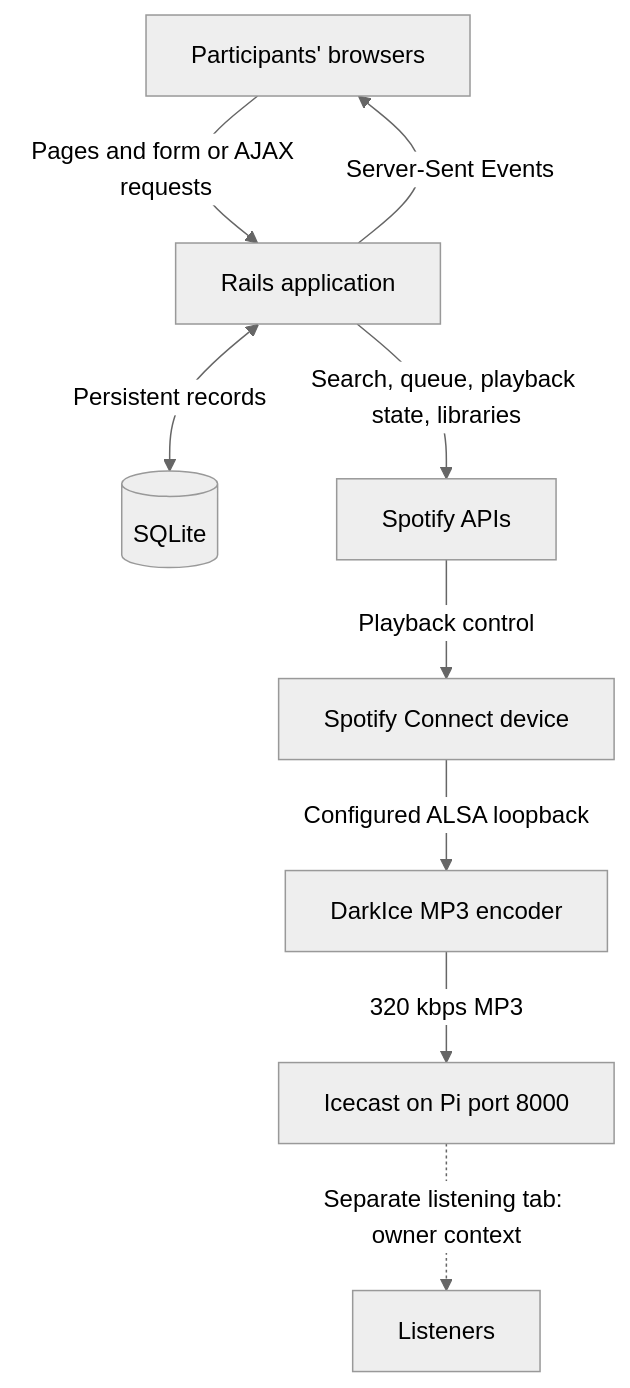
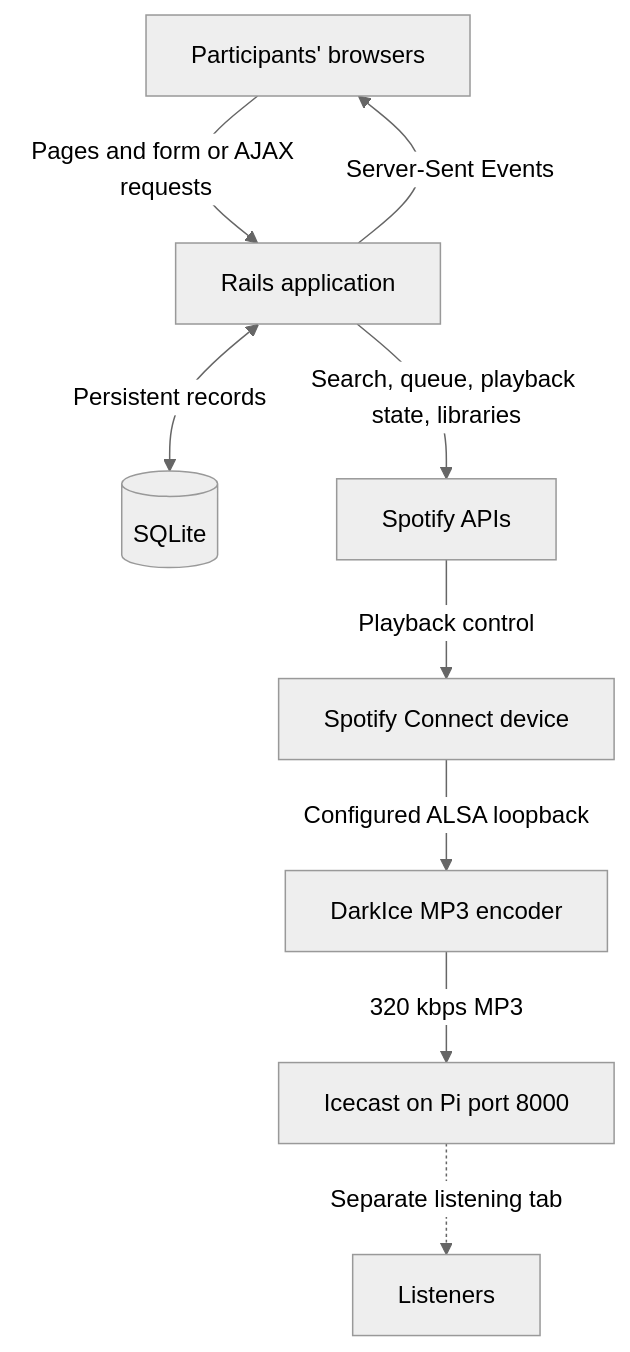
One commit to jbearer/jcradio changed the diagram in docs/architecture.md. Above: the diagram before and after it, drawn with Mermaid (neutral theme). The commit also changed other lines of this file and 15 other files, not shown here.

````diff
--- a/docs/architecture.md
+++ b/docs/architecture.md
@@ -13,11 +13,11 @@
     ```mermaid
     flowchart TD
         Browser[Participants' browsers] -->|Pages and form or AJAX requests|Rails[Rails application]
         Rails -->|Server-Sent Events|Browser
         Rails <-->|Persistent records|DB[(SQLite)]
         Rails -->|Search, queue, playback state, libraries|Spotify[Spotify APIs]
         Spotify -->|Playback control|Device[Spotify Connect device]
         Device -->|Configured ALSA loopback|Encoder[DarkIce MP3 encoder]
         Encoder -->|320 kbps MP3|Stream[Icecast on Pi port 8000]
-        Stream -.->|Separate listening tab: owner context|Listeners[Listeners]
+        Stream -.->|Separate listening tab|Listeners[Listeners]
     ```
````
